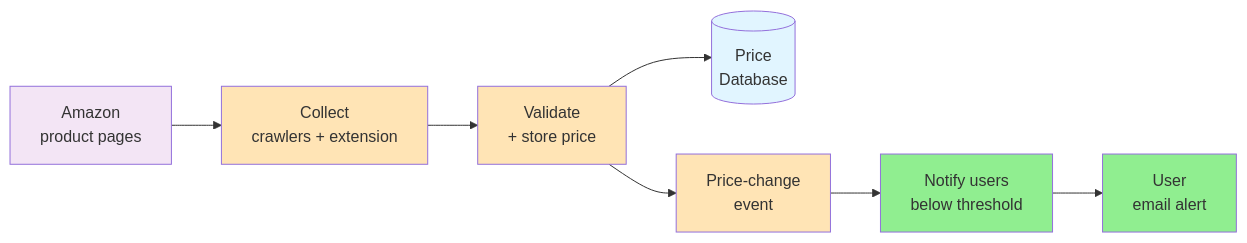
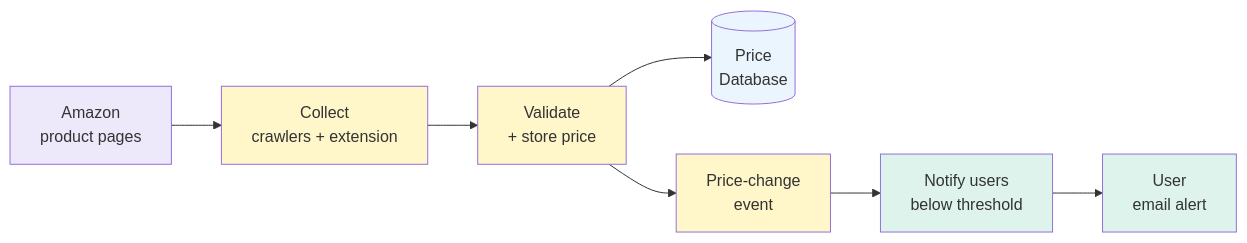
One commit to cartmancodes/InterviewVault changed the first of 3 diagrams in LLD/SystemDesign/ProblemBreakdowns/PriceTrackingService.md. Above: the diagram before and after it, drawn with Mermaid. The commit also changed other lines of this file and 679 other files, not shown here.

Commit message:
Unify content diagrams and add accessible visual walkthroughs

````diff
--- a/LLD/SystemDesign/ProblemBreakdowns/PriceTrackingService.md
+++ b/LLD/SystemDesign/ProblemBreakdowns/PriceTrackingService.md
@@ -126,17 +126,17 @@
 ```mermaid
 graph LR
     A["Amazon<br/>product pages"] --> COL["Collect<br/>crawlers + extension"]
     COL --> VAL["Validate<br/>+ store price"]
     VAL --> DB[("Price<br/>Database")]
     VAL --> EVT["Price-change<br/>event"]
     EVT --> NOT["Notify users<br/>below threshold"]
     NOT --> U["User<br/>email alert"]
 
-    style A fill:#f3e5f5
-    style COL fill:#FFE4B5
-    style VAL fill:#FFE4B5
-    style DB fill:#e1f5ff
-    style EVT fill:#FFE4B5
-    style NOT fill:#90EE90
-    style U fill:#90EE90
+    style A fill:#EDE8FA
+    style COL fill:#FFF6C9
+    style VAL fill:#FFF6C9
+    style DB fill:#EAF5FD
+    style EVT fill:#FFF6C9
+    style NOT fill:#DDF3EC
+    style U fill:#DDF3EC
 ```
````
